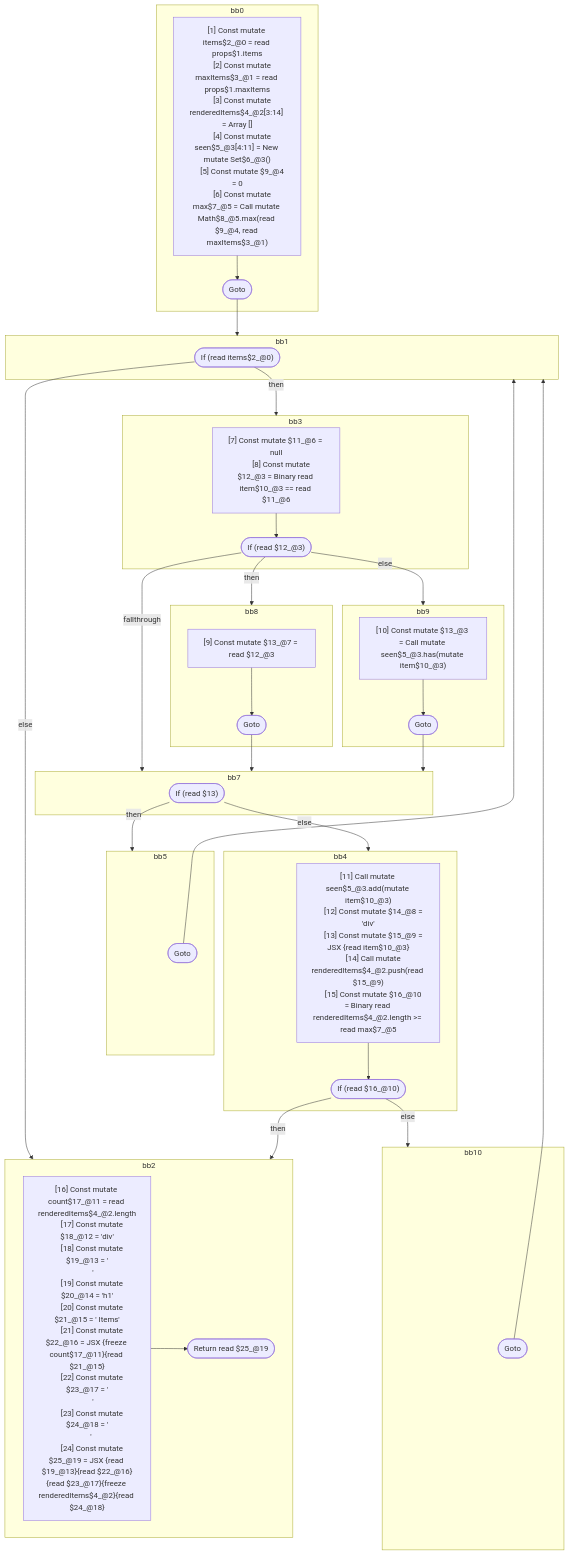
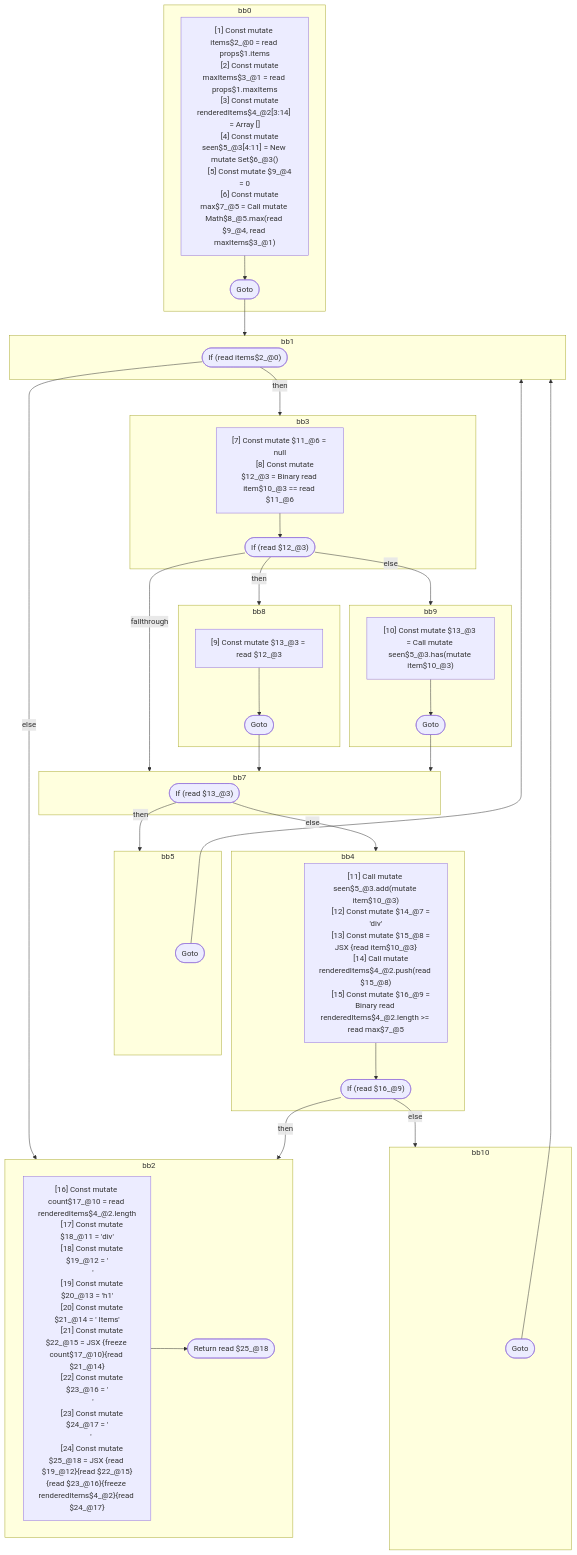
The diagram in compiler/forget/src/__tests__/fixtures/hir/component.expect.md (wutsmog/private), drawn with Mermaid before and after one commit. The commit also changed other lines of this file and 18 other files, not shown here.

```diff
--- a/compiler/forget/src/__tests__/fixtures/hir/component.expect.md
+++ b/compiler/forget/src/__tests__/fixtures/hir/component.expect.md
@@ -117,7 +117,7 @@
   end
   subgraph bb8
     bb8_instrs["
-      [9] Const mutate $13_@7 = read $12_@3
+      [9] Const mutate $13_@3 = read $12_@3
     "]
     bb8_instrs --> bb8_terminal(["Goto"])
   end
@@ -128,7 +128,7 @@
     bb9_instrs --> bb9_terminal(["Goto"])
   end
   subgraph bb7
-    bb7_terminal(["If (read $13)"])
+    bb7_terminal(["If (read $13_@3)"])
   end
   subgraph bb5
     bb5_terminal(["Goto"])
@@ -136,29 +136,29 @@
   subgraph bb4
     bb4_instrs["
       [11] Call mutate seen$5_@3.add(mutate item$10_@3)
-      [12] Const mutate $14_@8 = 'div'
-      [13] Const mutate $15_@9 = JSX <read $14_@8>{read item$10_@3}</read $14_@8>
-      [14] Call mutate renderedItems$4_@2.push(read $15_@9)
-      [15] Const mutate $16_@10 = Binary read renderedItems$4_@2.length >= read max$7_@5
+      [12] Const mutate $14_@7 = 'div'
+      [13] Const mutate $15_@8 = JSX <read $14_@7>{read item$10_@3}</read $14_@7>
+      [14] Call mutate renderedItems$4_@2.push(read $15_@8)
+      [15] Const mutate $16_@9 = Binary read renderedItems$4_@2.length >= read max$7_@5
     "]
-    bb4_instrs --> bb4_terminal(["If (read $16_@10)"])
+    bb4_instrs --> bb4_terminal(["If (read $16_@9)"])
   end
   subgraph bb10
     bb10_terminal(["Goto"])
   end
   subgraph bb2
     bb2_instrs["
-      [16] Const mutate count$17_@11 = read renderedItems$4_@2.length
-      [17] Const mutate $18_@12 = 'div'
-      [18] Const mutate $19_@13 = '\n      '
-      [19] Const mutate $20_@14 = 'h1'
-      [20] Const mutate $21_@15 = ' Items'
-      [21] Const mutate $22_@16 = JSX <read $20_@14>{freeze count$17_@11}{read $21_@15}</read $20_@14>
-      [22] Const mutate $23_@17 = '\n      '
-      [23] Const mutate $24_@18 = '\n    '
-      [24] Const mutate $25_@19 = JSX <read $18_@12>{read $19_@13}{read $22_@16}{read $23_@17}{freeze renderedItems$4_@2}{read $24_@18}</read $18_@12>
+      [16] Const mutate count$17_@10 = read renderedItems$4_@2.length
+      [17] Const mutate $18_@11 = 'div'
+      [18] Const mutate $19_@12 = '\n      '
+      [19] Const mutate $20_@13 = 'h1'
+      [20] Const mutate $21_@14 = ' Items'
+      [21] Const mutate $22_@15 = JSX <read $20_@13>{freeze count$17_@10}{read $21_@14}</read $20_@13>
+      [22] Const mutate $23_@16 = '\n      '
+      [23] Const mutate $24_@17 = '\n    '
+      [24] Const mutate $25_@18 = JSX <read $18_@11>{read $19_@12}{read $22_@15}{read $23_@16}{freeze renderedItems$4_@2}{read $24_@17}</read $18_@11>
     "]
-    bb2_instrs --> bb2_terminal(["Return read $25_@19"])
+    bb2_instrs --> bb2_terminal(["Return read $25_@18"])
   end
 
   %% Jumps
```
